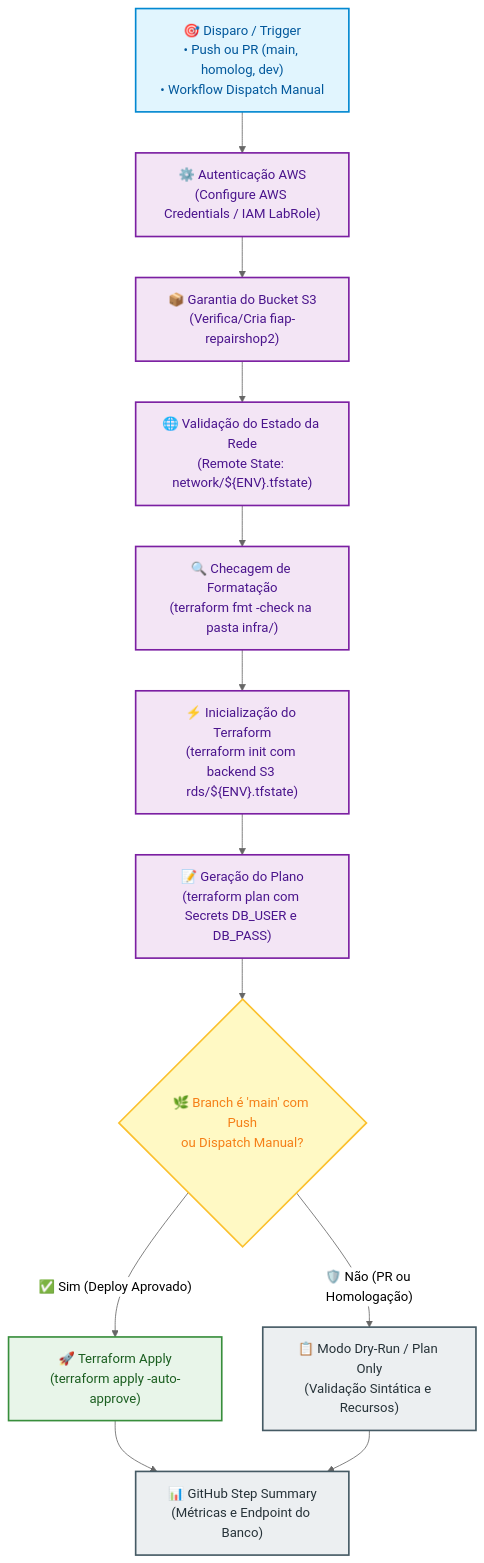
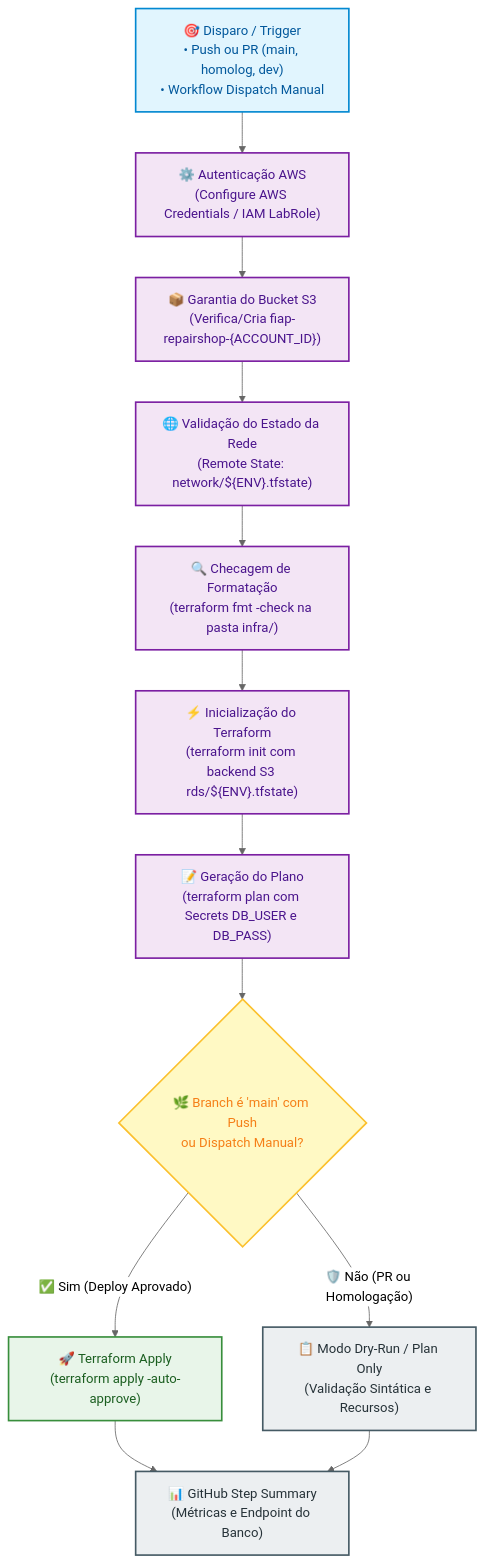
One commit to tech-challenge-fiap-repairshop/tech-challenge-repairshop-infra-db-rds changed the third of 4 diagrams in README.md. Above: the diagram before and after it, drawn with Mermaid (neutral theme). The commit also changed other lines of this file and 4 other files, not shown here.

Commit message:
feat(ci): resolve terraform state bucket dynamically by AWS account id

````diff
--- a/README.md
+++ b/README.md
@@ -184,23 +184,23 @@
 ```mermaid
 flowchart TD
     classDef triggerStyle fill:#E1F5FE,stroke:#0288D1,stroke-width:2px,color:#01579B
     classDef stepStyle fill:#F3E5F5,stroke:#7B1FA2,stroke-width:2px,color:#4A148C
     classDef gateStyle fill:#FFF9C4,stroke:#FBC02D,stroke-width:2px,color:#F57F17
     classDef deployStyle fill:#E8F5E9,stroke:#388E3C,stroke-width:2px,color:#1B5E20
     classDef reportStyle fill:#ECEFF1,stroke:#455A64,stroke-width:2px,color:#263238
 
     A["🎯 Disparo / Trigger\n• Push ou PR (main, homolog, dev)\n• Workflow Dispatch Manual"]:::triggerStyle
     A --> B["⚙️ Autenticação AWS\n(Configure AWS Credentials / IAM LabRole)"]:::stepStyle
-    B --> C["📦 Garantia do Bucket S3\n(Verifica/Cria fiap-repairshop2)"]:::stepStyle
+    B --> C["📦 Garantia do Bucket S3\n(Verifica/Cria fiap-repairshop-{ACCOUNT_ID})"]:::stepStyle
     C --> D["🌐 Validação do Estado da Rede\n(Remote State: network/${ENV}.tfstate)"]:::stepStyle
     D --> E["🔍 Checagem de Formatação\n(terraform fmt -check na pasta infra/)"]:::stepStyle
     E --> F["⚡ Inicialização do Terraform\n(terraform init com backend S3 rds/${ENV}.tfstate)"]:::stepStyle
     F --> G["📝 Geração do Plano\n(terraform plan com Secrets DB_USER e DB_PASS)"]:::stepStyle
     G --> H{"🌿 Branch é 'main' com Push\nou Dispatch Manual?"}:::gateStyle
     
     H -- "✅ Sim (Deploy Aprovado)" --> I["🚀 Terraform Apply\n(terraform apply -auto-approve)"]:::deployStyle
     H -- "🛡️ Não (PR ou Homologação)" --> J["📋 Modo Dry-Run / Plan Only\n(Validação Sintática e Recursos)"]:::reportStyle
     
     I --> K["📊 GitHub Step Summary\n(Métricas e Endpoint do Banco)"]:::reportStyle
     J --> K
 ```
````
